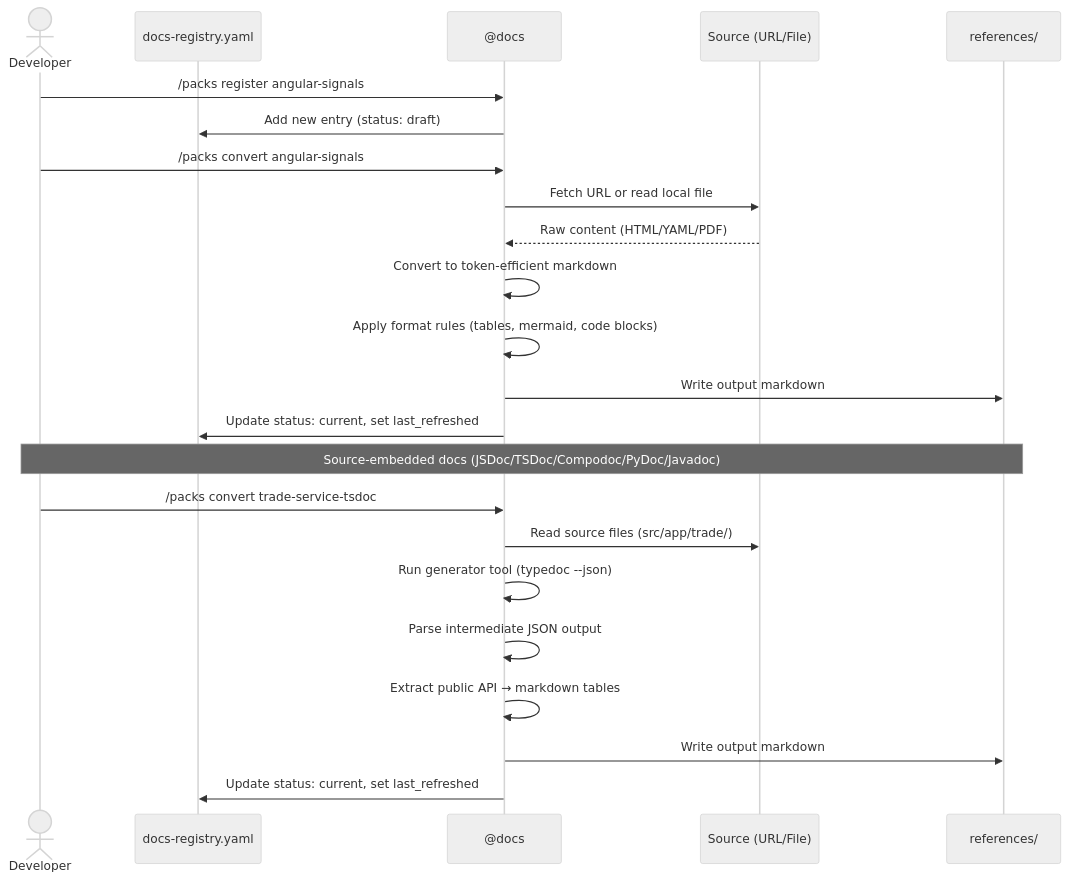
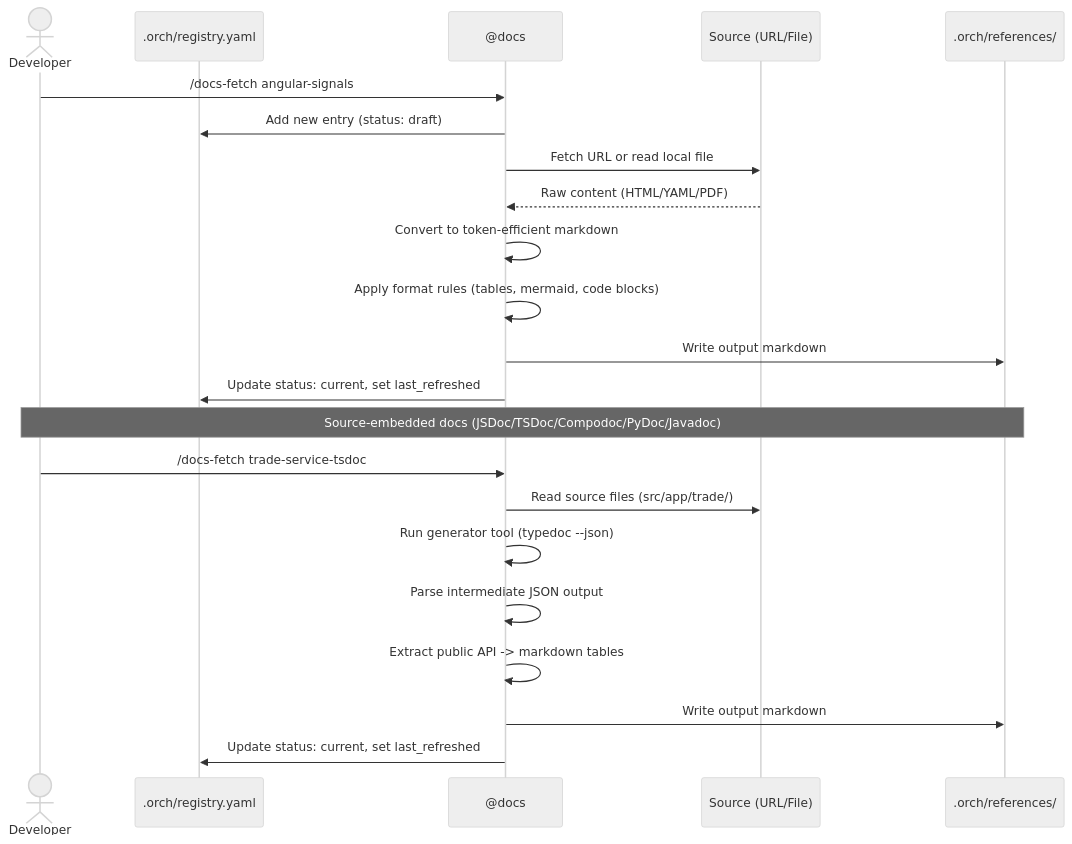
Diagram 14 of 17 in docs/tech.md (oneinthebox/vscode-ghcp-agents), drawn with Mermaid (neutral theme) before and after one commit. The commit also changed other lines of this file and 11 other files, not shown here.

````diff
--- a/docs/tech.md
+++ b/docs/tech.md
@@ -768,27 +856,26 @@
 ```mermaid
 sequenceDiagram
     actor Dev as Developer
-    participant Reg as docs-registry.yaml
+    participant Reg as .orch/registry.yaml
     participant Agent as @docs
     participant Source as Source (URL/File)
-    participant Refs as references/
+    participant Refs as .orch/references/
 
-    Dev->>Agent: /packs register angular-signals
+    Dev->>Agent: /docs-fetch angular-signals
     Agent->>Reg: Add new entry (status: draft)
-    Dev->>Agent: /packs convert angular-signals
     Agent->>Source: Fetch URL or read local file
     Source-->>Agent: Raw content (HTML/YAML/PDF)
     Agent->>Agent: Convert to token-efficient markdown
     Agent->>Agent: Apply format rules (tables, mermaid, code blocks)
     Agent->>Refs: Write output markdown
     Agent->>Reg: Update status: current, set last_refreshed
 
     Note over Dev,Refs: Source-embedded docs (JSDoc/TSDoc/Compodoc/PyDoc/Javadoc)
-    Dev->>Agent: /packs convert trade-service-tsdoc
+    Dev->>Agent: /docs-fetch trade-service-tsdoc
     Agent->>Source: Read source files (src/app/trade/)
     Agent->>Agent: Run generator tool (typedoc --json)
     Agent->>Agent: Parse intermediate JSON output
-    Agent->>Agent: Extract public API → markdown tables
+    Agent->>Agent: Extract public API -> markdown tables
     Agent->>Refs: Write output markdown
     Agent->>Reg: Update status: current, set last_refreshed
 ```
````
